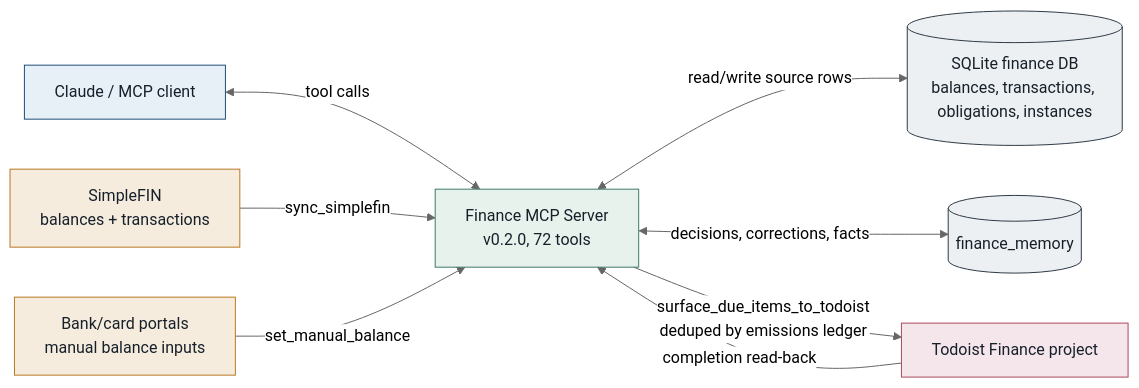
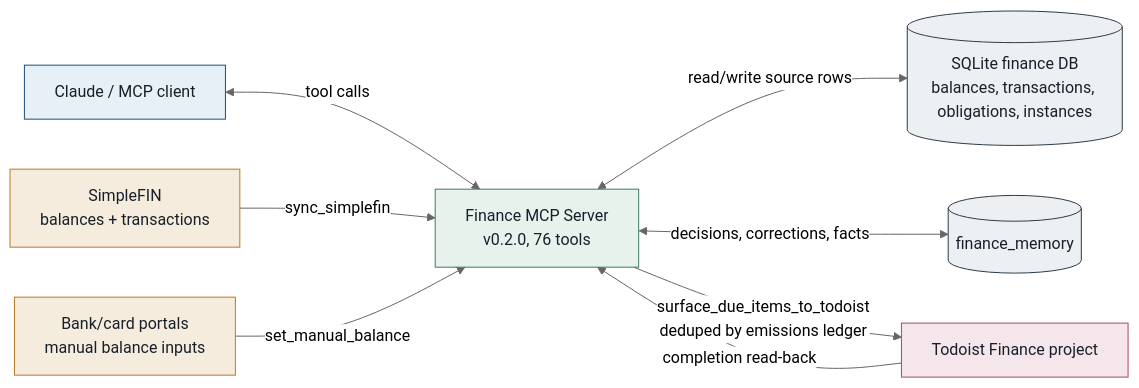
One commit to albeorla/personal-finance-agent changed the first of 2 diagrams in README.md. Above: the diagram before and after it, drawn with Mermaid (neutral theme). The commit also changed other lines of this file and 6 other files, not shown here.

````diff
--- a/README.md
+++ b/README.md
@@ -13,24 +13,24 @@
 ```mermaid
 flowchart LR
-    Claude["Claude / MCP client"] <-->|"tool calls"| Server["Finance MCP Server<br/>v0.2.0, 72 tools"]
+    Claude["Claude / MCP client"] <-->|"tool calls"| Server["Finance MCP Server<br/>v0.2.0, 76 tools"]
 
     SimpleFIN["SimpleFIN<br/>balances + transactions"] -->|"sync_simplefin"| Server
     Portals["Bank/card portals<br/>manual balance inputs"] -->|"set_manual_balance"| Server
 
     Server <-->|"read/write source rows"| SQLite[("SQLite finance DB<br/>balances, transactions, obligations, instances")]
     Server <-->|"decisions, corrections, facts"| Memory[("finance_memory")]
 
     Server -->|"surface_due_items_to_todoist<br/>deduped by emissions ledger"| Todoist["Todoist Finance project"]
     Todoist -->|"completion read-back"| Server
 
     classDef client fill:#e7eff7,stroke:#1f4e79,color:#17202a
     classDef server fill:#e8f2ec,stroke:#3d7b65,color:#17202a
     classDef source fill:#f5ecdd,stroke:#b87922,color:#17202a
     classDef output fill:#f4e6ea,stroke:#aa4a5d,color:#17202a
     classDef store fill:#edf0f2,stroke:#2f3b47,color:#17202a
     class Claude client
     class Server server
     class SimpleFIN,Portals source
     class Todoist output
     class SQLite,Memory store
 ```
````
